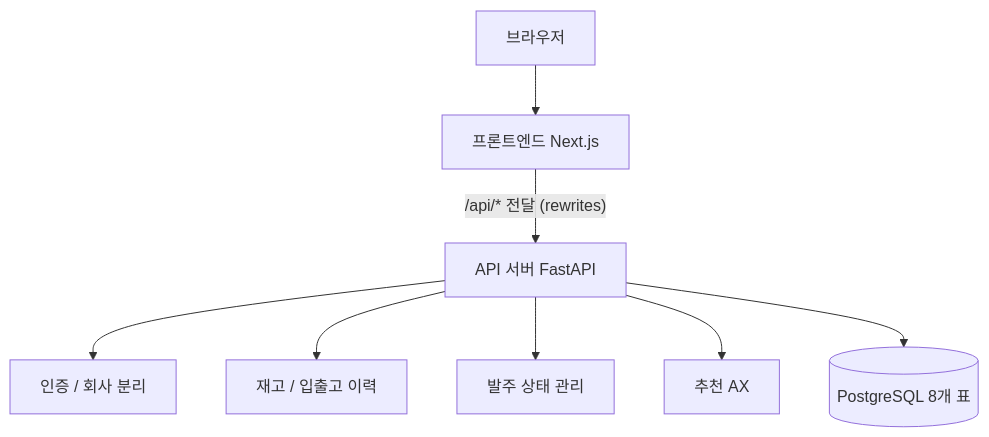
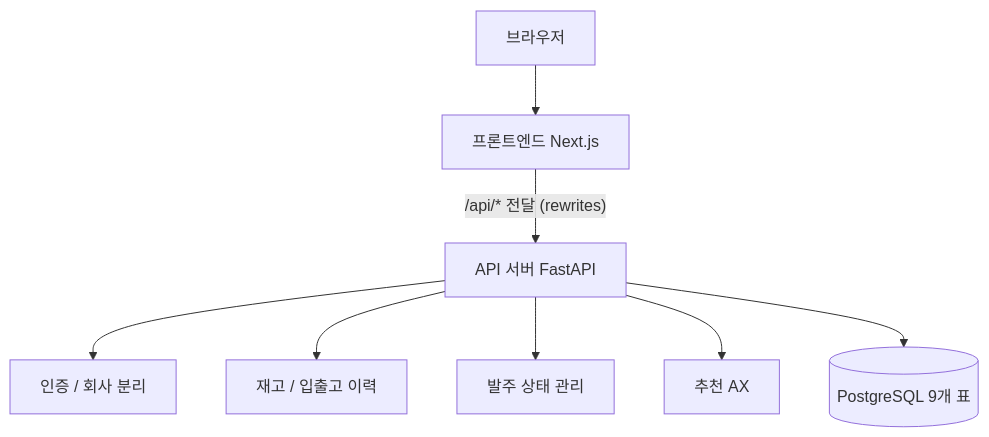
The diagram in docs/06-system-design/architecture.md (donghyunwoo1222/Cloud-scm-ax), drawn with Mermaid before and after one commit. The commit also changed other lines of this file and 5 other files, not shown here.

````diff
--- a/docs/06-system-design/architecture.md
+++ b/docs/06-system-design/architecture.md
@@ -25,10 +25,10 @@
 ```mermaid
 flowchart TD
     B[브라우저] --> F[프론트엔드 Next.js]
     F -->|"/api/* 전달 (rewrites)"| A[API 서버 FastAPI]
     A --> A1[인증 / 회사 분리]
     A --> A2[재고 / 입출고 이력]
     A --> A3[발주 상태 관리]
     A --> A4[추천 AX]
-    A --> DB[(PostgreSQL 8개 표)]
+    A --> DB[(PostgreSQL 9개 표)]
 ```
````
